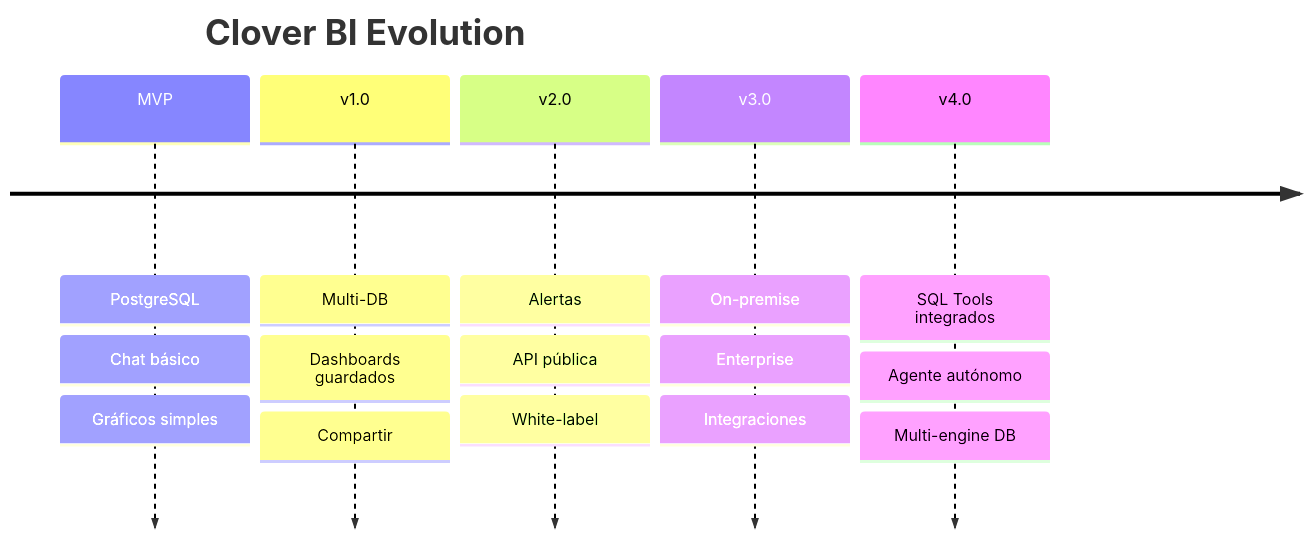
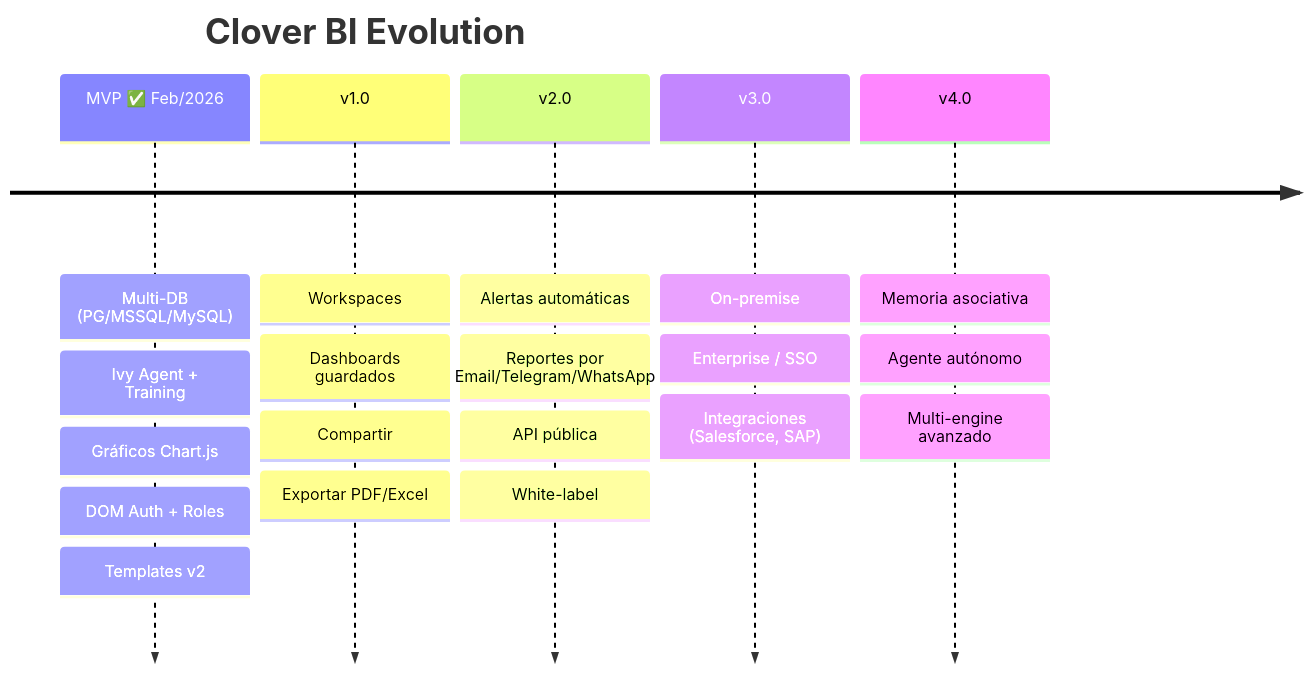
One commit to dchaves80/CloverBI changed the diagram in docs/05-roadmap.md. Above: the diagram before and after it, drawn with Mermaid. The commit also changed other lines of this file, not shown here.

Commit message:
docs: Actualizar roadmap - Fase 1 MVP completado (Feb 2026)

````diff
--- a/docs/05-roadmap.md
+++ b/docs/05-roadmap.md
@@ -5,19 +5,23 @@
 ```mermaid
 timeline
     title Clover BI Evolution
-    MVP : PostgreSQL
-        : Chat básico
-        : Gráficos simples
-    v1.0 : Multi-DB
+    MVP ✅ Feb/2026 : Multi-DB (PG/MSSQL/MySQL)
+                   : Ivy Agent + Training
+                   : Gráficos Chart.js
+                   : DOM Auth + Roles
+                   : Templates v2
+    v1.0 : Workspaces
          : Dashboards guardados
          : Compartir
-    v2.0 : Alertas
+         : Exportar PDF/Excel
+    v2.0 : Alertas automáticas
+         : Reportes por Email/Telegram/WhatsApp
          : API pública
          : White-label
     v3.0 : On-premise
-         : Enterprise
-         : Integraciones
-    v4.0 : SQL Tools integrados
+         : Enterprise / SSO
+         : Integraciones (Salesforce, SAP)
+    v4.0 : Memoria asociativa
          : Agente autónomo
-         : Multi-engine DB
+         : Multi-engine avanzado
 ```
````
